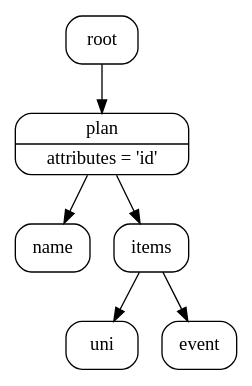
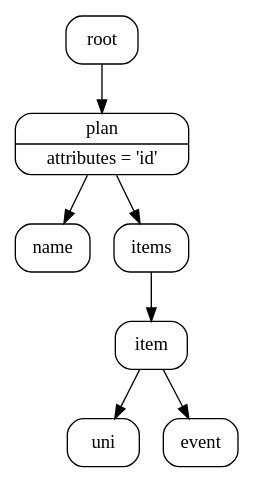
Before and after one commit to chronus7/StudyPlaner: the diagram in Xml-Structure/plan_structure.dot, drawn with Graphviz. The commit also changed 5 other files, not shown here.

Commit message:
uniLib schema generated. uniLib.xsd and .xml updated with <modules>...

```diff
--- a/Xml-Structure/plan_structure.dot
+++ b/Xml-Structure/plan_structure.dot
@@ -1,21 +1,22 @@
 digraph PlanStructure {
 rankdir = TD
 //NODES
 { node [shape = Mrecord]
 root [label = root]
 
 plan [label = "{plan | attributes = 'id'}"]
 name [label = "name"]
 items [label = "items"]
-
+item [label = "item"]
 uni [label = "uni"]
 event [label = "event"]
 }
 
 root -> plan
 plan -> name
 plan -> items
-items -> uni
-items -> event
+items -> item
+item -> uni
+item -> event
 
 }
```
